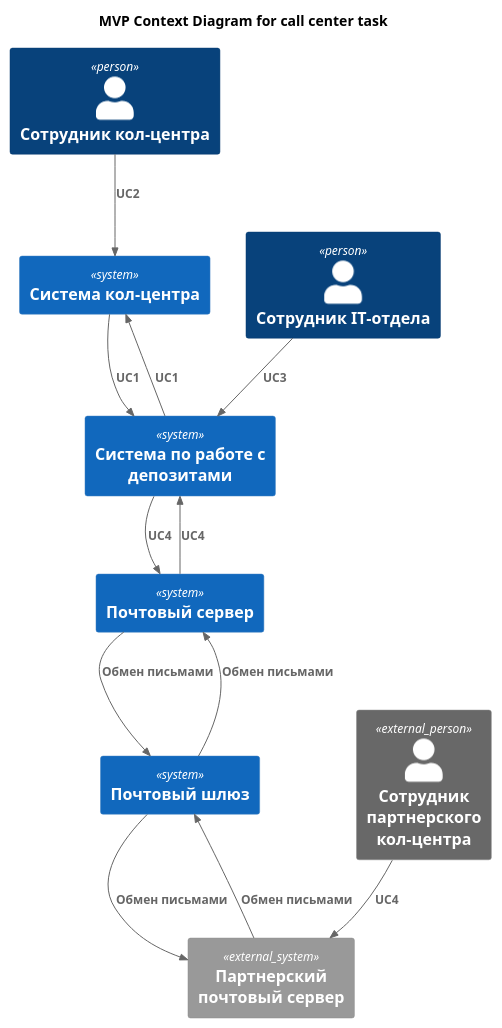
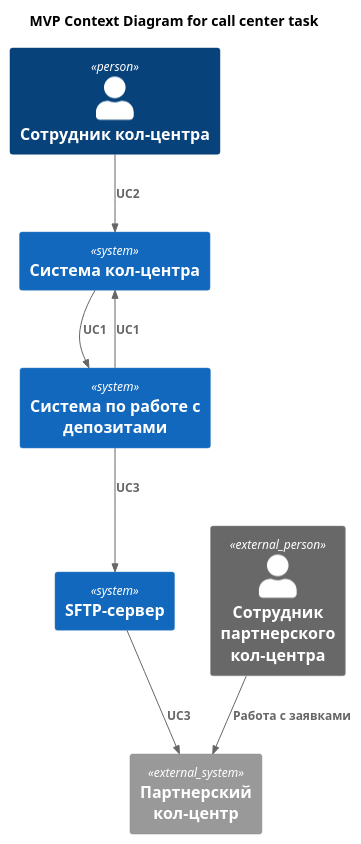
Before and after one commit to Dryannykh/architecture-standart: the diagram in Task4/C4_container.puml, drawn with PlantUML. The commit also changed 9 other files, not shown here.

```diff
--- a/Task4/C4_container.puml
+++ b/Task4/C4_container.puml
@@ -1,27 +1,20 @@
 @startuml
 title MVP Context Diagram for call center task
 
 !includeurl https://raw.githubusercontent.com/RicardoNiepel/C4-PlantUML/master/C4_Component.puml
 
 Person(call_center_employee, "Сотрудник кол-центра")
-Person(it_employee, "Сотрудник IT-отдела")
 Person_Ext(partner_call_center_employee, "Сотрудник партнерского кол-центра")
 System(deposit_system, "Система по работе с депозитами")
 System(call_center, "Система кол-центра")
-System(mail_server, "Почтовый сервер")
-System(mail_gateway, "Почтовый шлюз")
-System_Ext(partner_mail_server, "Партнерский почтовый сервер")
+System(sftp_server, "SFTP-сервер")
+System_Ext(partner_call_center, "Партнерский кол-центр")
 
 Rel(deposit_system, call_center, "UC1")
 Rel(call_center, deposit_system, "UC1")
 Rel(call_center_employee, call_center, "UC2")
-Rel(it_employee, deposit_system, "UC3")
-Rel(mail_server, mail_gateway, "Обмен письмами")
-Rel(mail_gateway, partner_mail_server, "Обмен письмами")
-Rel(partner_mail_server, mail_gateway, "Обмен письмами")
-Rel(mail_gateway, mail_server, "Обмен письмами")
-Rel(partner_call_center_employee, partner_mail_server, "UC4")
-Rel(mail_server, deposit_system, "UC4")
-Rel(deposit_system, mail_server, "UC4")
+Rel(deposit_system, sftp_server, "UC3")
+Rel(sftp_server, partner_call_center, "UC3")
+Rel(partner_call_center_employee, partner_call_center, "Работа с заявками")
 
 @enduml
```
